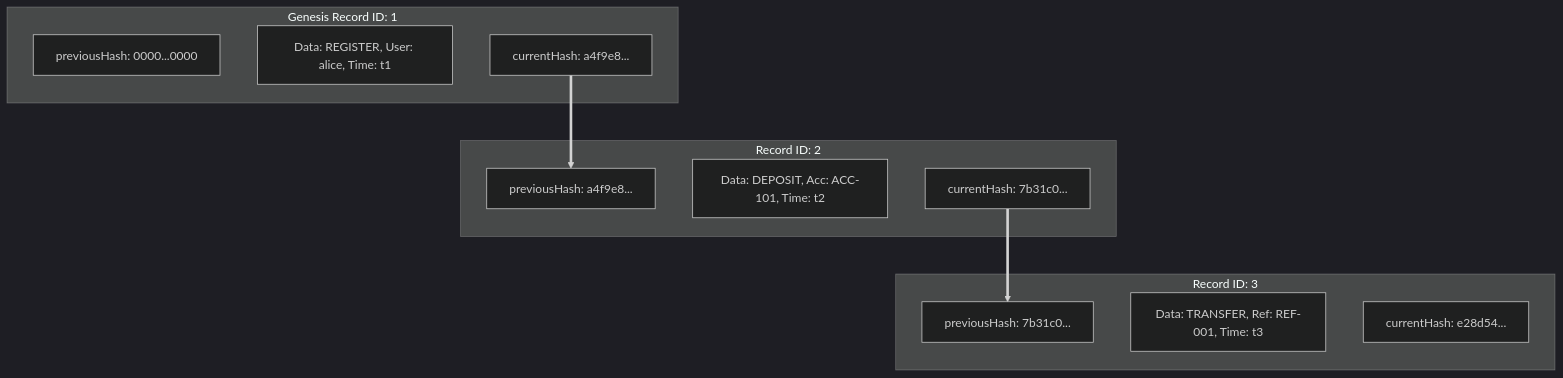
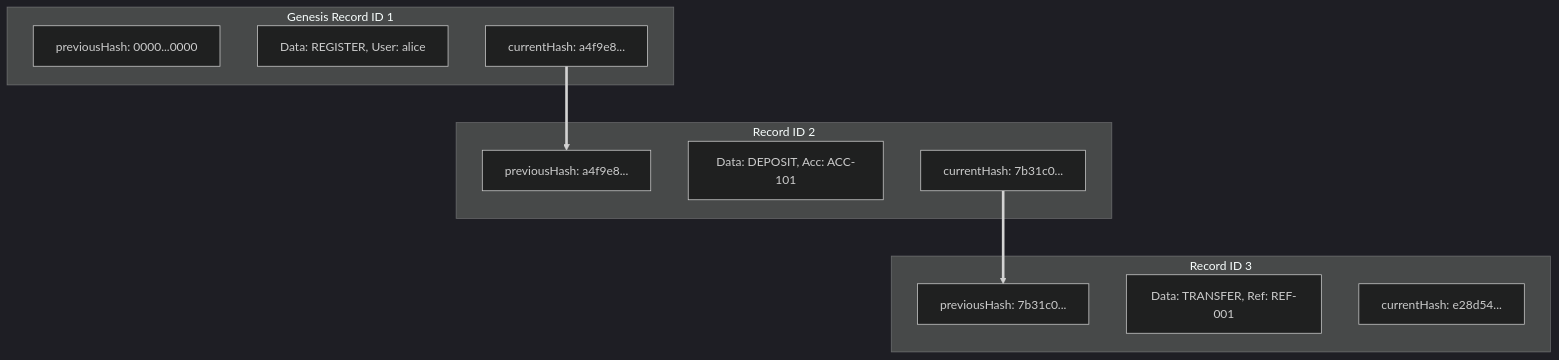
The third of 4 diagrams in HIRING_QUESTIONS.md (g-Jhansi/LedgerLine), drawn with Mermaid (dark theme) before and after one commit. The commit also changed other lines of this file and 2 other files, not shown here.

Commit message:
fix(docs): fix Mermaid diagram syntax for GitHub Markdown rendering

````diff
--- a/HIRING_QUESTIONS.md
+++ b/HIRING_QUESTIONS.md
@@ -191,21 +191,21 @@
 ```mermaid
-flowchart TD
-    subgraph Record 1 [Genesis Record ID: 1]
-        P1["previousHash: 0000...0000"]
-        D1["Data: REGISTER, User: alice, Time: t1"]
-        C1["currentHash: a4f9e8..."]
+graph TD
+    subgraph R1 [Genesis Record ID 1]
+        P1[previousHash: 0000...0000]
+        D1[Data: REGISTER, User: alice]
+        C1[currentHash: a4f9e8...]
     end
-    subgraph Record 2 [Record ID: 2]
-        P2["previousHash: a4f9e8..."]
-        D2["Data: DEPOSIT, Acc: ACC-101, Time: t2"]
-        C2["currentHash: 7b31c0..."]
+    subgraph R2 [Record ID 2]
+        P2[previousHash: a4f9e8...]
+        D2[Data: DEPOSIT, Acc: ACC-101]
+        C2[currentHash: 7b31c0...]
     end
-    subgraph Record 3 [Record ID: 3]
-        P3["previousHash: 7b31c0..."]
-        D3["Data: TRANSFER, Ref: REF-001, Time: t3"]
-        C3["currentHash: e28d54..."]
+    subgraph R3 [Record ID 3]
+        P3[previousHash: 7b31c0...]
+        D3[Data: TRANSFER, Ref: REF-001]
+        C3[currentHash: e28d54...]
     end
 
     C1 ==> P2
     C2 ==> P3
 ```
````
